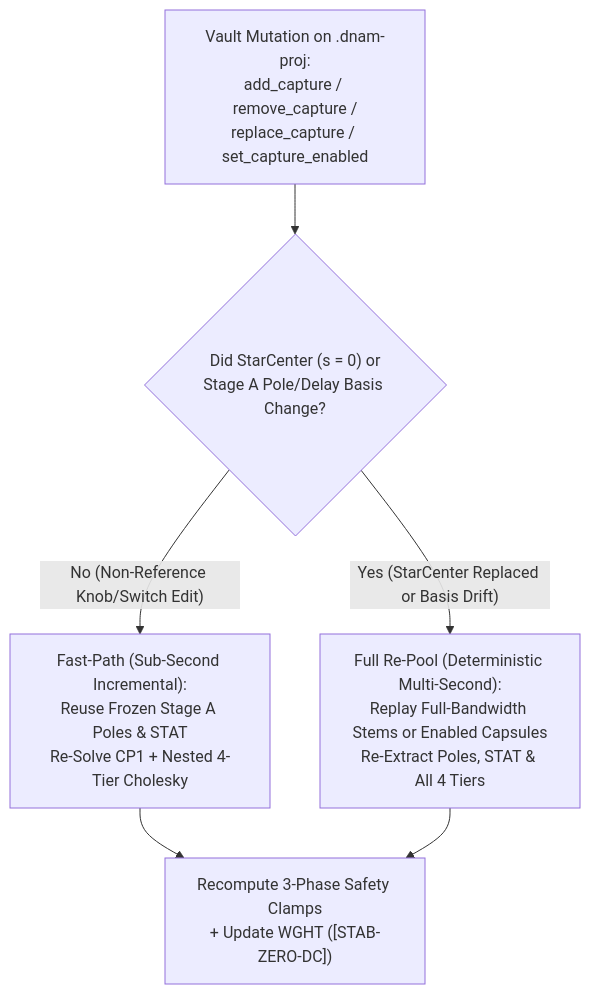
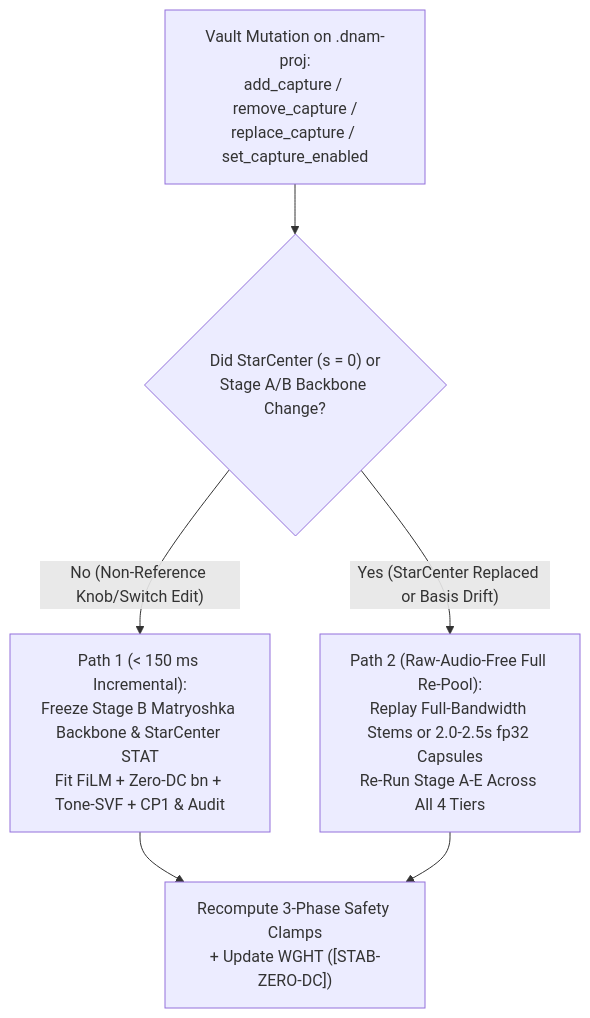
The diagram in docs/specs/training/iterative_resume_and_caching.md (mokugen/dnam), drawn with Mermaid before and after one commit. The commit also changed other lines of this file and 457 other files, not shown here.

First line of the commit message:
feat(engine,capture,ui,docs): checkpoint TORA v3 Matryoshka architecture, REQ-1.9 specs, and zero-barrel UI/SDK

````diff
--- a/docs/specs/training/iterative_resume_and_caching.md
+++ b/docs/specs/training/iterative_resume_and_caching.md
@@ -31,8 +30,8 @@
 ```mermaid
 flowchart TD
-    Edit["Vault Mutation on .dnam-proj:<br/>add_capture / remove_capture /<br/>replace_capture / set_capture_enabled"] --> Gate{"Did StarCenter (s = 0) or<br/>Stage A Pole/Delay Basis Change?"}
-    Gate -- "No (Non-Reference Knob/Switch Edit)" --> Fast["Fast-Path (Sub-Second Incremental):<br/>Reuse Frozen Stage A Poles & STAT<br/>Re-Solve CP1 + Nested 4-Tier Cholesky"]
-    Gate -- "Yes (StarCenter Replaced or Basis Drift)" --> Full["Full Re-Pool (Deterministic Multi-Second):<br/>Replay Full-Bandwidth Stems or Enabled Capsules<br/>Re-Extract Poles, STAT & All 4 Tiers"]
+    Edit["Vault Mutation on .dnam-proj:<br/>add_capture / remove_capture /<br/>replace_capture / set_capture_enabled"] --> Gate{"Did StarCenter (s = 0) or<br/>Stage A/B Backbone Change?"}
+    Gate -- "No (Non-Reference Knob/Switch Edit)" --> Fast["Path 1 (< 150 ms Incremental):<br/>Freeze Stage B Matryoshka Backbone & StarCenter STAT<br/>Fit FiLM + Zero-DC bn + Tone-SVF + CP1 & Audit"]
+    Gate -- "Yes (StarCenter Replaced or Basis Drift)" --> Full["Path 2 (Raw-Audio-Free Full Re-Pool):<br/>Replay Full-Bandwidth Stems or 2.0-2.5s fp32 Capsules<br/>Re-Run Stage A-E Across All 4 Tiers"]
     Fast --> Audit["Recompute 3-Phase Safety Clamps<br/>+ Update WGHT ([STAB-ZERO-DC])"]
     Full --> Audit
 ```
````
